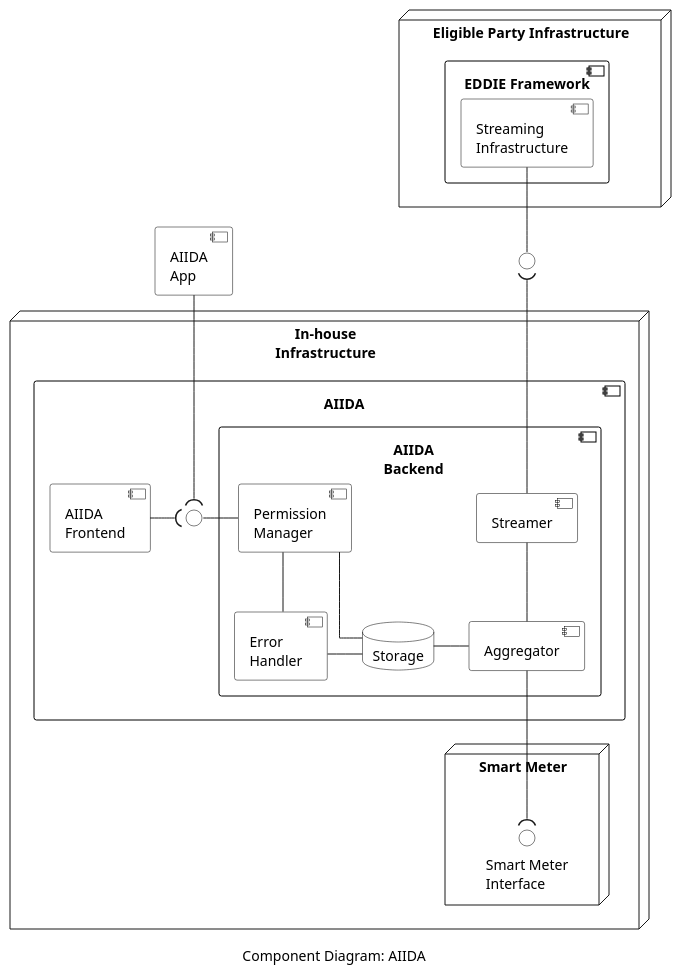
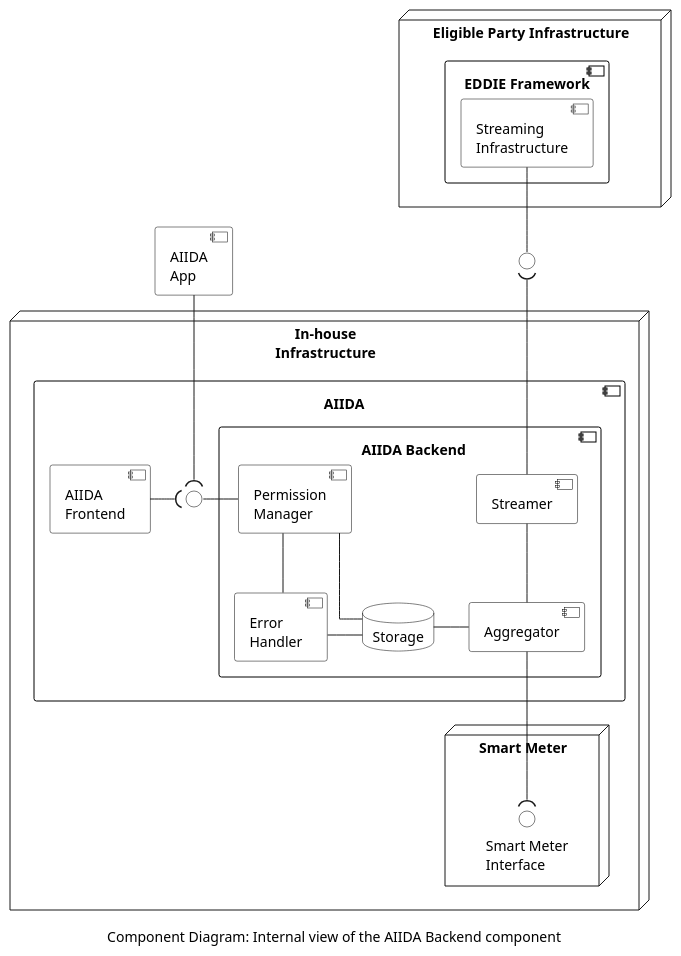
The diagram in arc42/05-building-block-view/components/components/aiida/aiida-backend/figures/aiida-backend.puml (eddie-energy/architecture), drawn with PlantUML before and after one commit. The commit also changed 2 other files, not shown here.

Commit message:
Add info about the AIIDA Backend

```diff
--- a/arc42/05-building-block-view/components/components/aiida/aiida-backend/figures/aiida-backend.puml
+++ b/arc42/05-building-block-view/components/components/aiida/aiida-backend/figures/aiida-backend.puml
@@ -1,68 +1,68 @@
 @startuml aiida-backend
 'component diagram
-caption Component Diagram: AIIDA
+caption Component Diagram: Internal view of the AIIDA Backend component
 
 skinparam linetype ortho
 skinparam interface {
   backgroundColor transparent
   borderColor black
 }
 skinparam component{
   BorderColor black
   BackgroundColor transparent
 }
 skinparam actor{
   BorderColor black
   BackgroundColor transparent
 }
 skinparam database{
   BorderColor black
   BackgroundColor transparent
 }
 skinparam rectangle{
   BorderColor black
   BackgroundColor transparent
 }
 
 node "Eligible Party Infrastructure"  as epInfra{
   component "EDDIE Framework" {
 
     component "Streaming\nInfrastructure" as streaming
   }
 }
 node "In-house\nInfrastructure" {
   component "\tAIIDA" as aiida {
     component "AIIDA\nFrontend" as frontend
-    component "  AIIDA\n  Backend" as backend{
+    component "  AIIDA Backend" as backend{
       component "Aggregator" as aggregator
       component "Streamer" as streamer
       component "Permission\nManager" as permissionManager
       component "Error\nHandler" as errorHandler
       database "Storage" as storage
     }
     interface " " as aiidaAPI
 
     streamer -down- aggregator
     frontend -right-( aiidaAPI
     aiidaAPI -right- permissionManager
     ' aiidaAPI -right- errorHandler
     permissionManager -down- errorHandler
 
     errorHandler -right- storage
     storage -right- aggregator
     permissionManager -down- storage
   }
   node "Smart Meter" as meter {
     interface "Smart Meter\nInterface" as p1
   }
   aggregator -down-( p1
 }
 interface " " as streamAPI
 component "AIIDA\nApp" as app
 
 streaming -down- streamAPI
 streamer -up-( streamAPI
 
 app -down-( aiidaAPI
 
 @enduml
```
